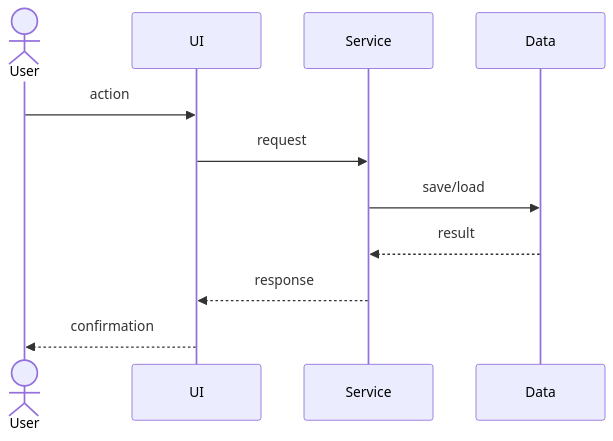
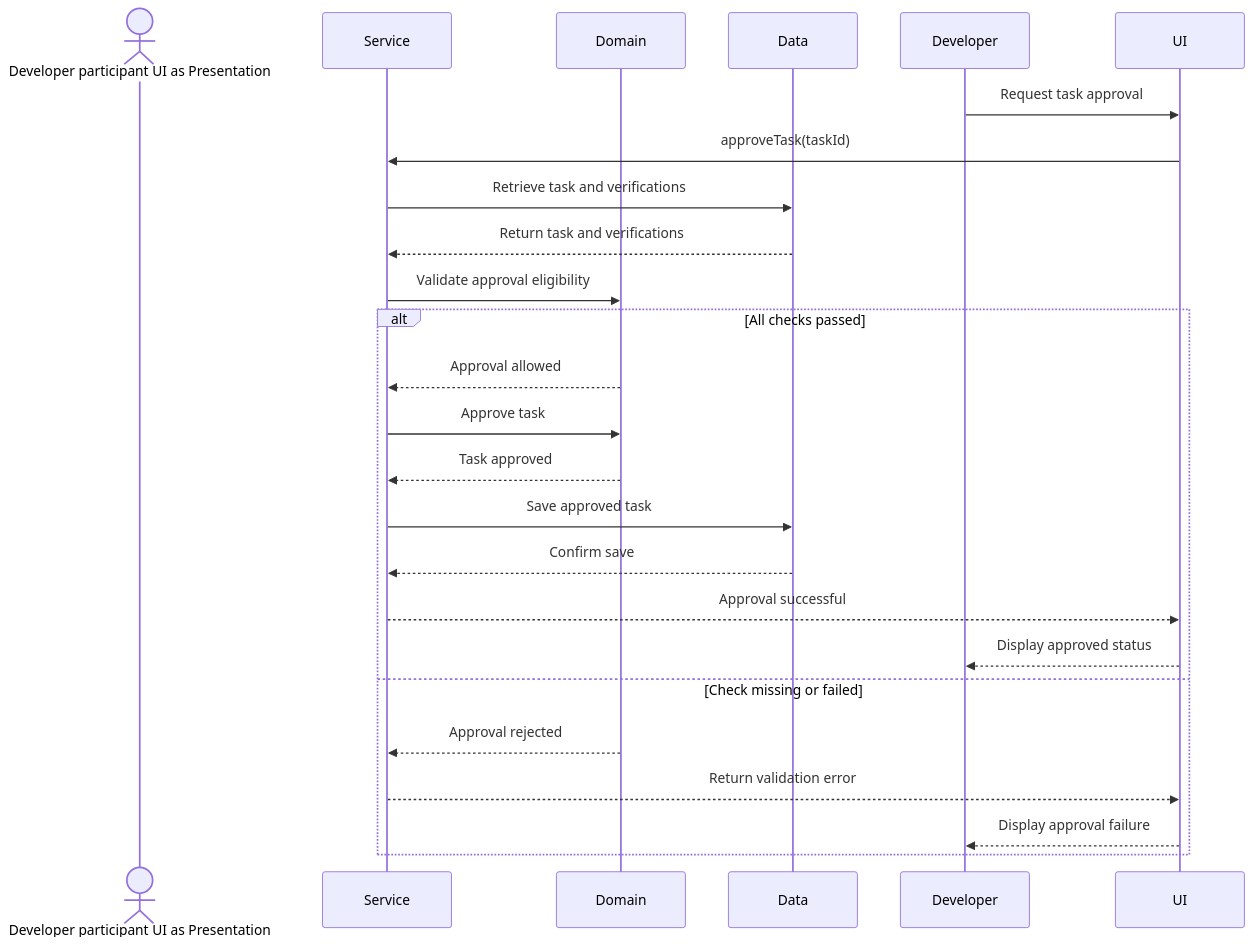
Before and after one commit to ASantana0924/cen5064-project-santana: the fourth of 4 diagrams in README.md, drawn with Mermaid. The commit also changed other lines of this file, not shown here.

First line of the commit message:
L2 studio: C4 + class diagram

````diff
--- a/README.md
+++ b/README.md
@@ -72,14 +131,28 @@
 ```mermaid
 %% Sequence diagram: ONE core use case, end to end.
 sequenceDiagram
-    actor U as User
-    participant UI
-    participant S as Service
-    participant D as Data
-    U->>UI: action
-    UI->>S: request
-    S->>D: save/load
-    D-->>S: result
-    S-->>UI: response
-    UI-->>U: confirmation
+    actor Developer participant UI as Presentation
+    participant Service as Service
+    participant Domain as Domain
+    participant Data as Data
+    
+    Developer->>UI: Request task approval
+    UI->>Service: approveTask(taskId)
+    Service->>Data: Retrieve task and verifications
+    Data-->>Service: Return task and verifications
+    Service->>Domain: Validate approval eligibility
+    
+    alt All checks passed
+        Domain-->>Service: Approval allowed
+        Service->>Domain: Approve task
+        Domain-->>Service: Task approved
+        Service->>Data: Save approved task
+        Data-->>Service: Confirm save
+        Service-->>UI: Approval successful
+        UI-->>Developer: Display approved status
+    else Check missing or failed
+        Domain-->>Service: Approval rejected
+        Service-->>UI: Return validation error
+        UI-->>Developer: Display approval failure
+    end
 ```
````
